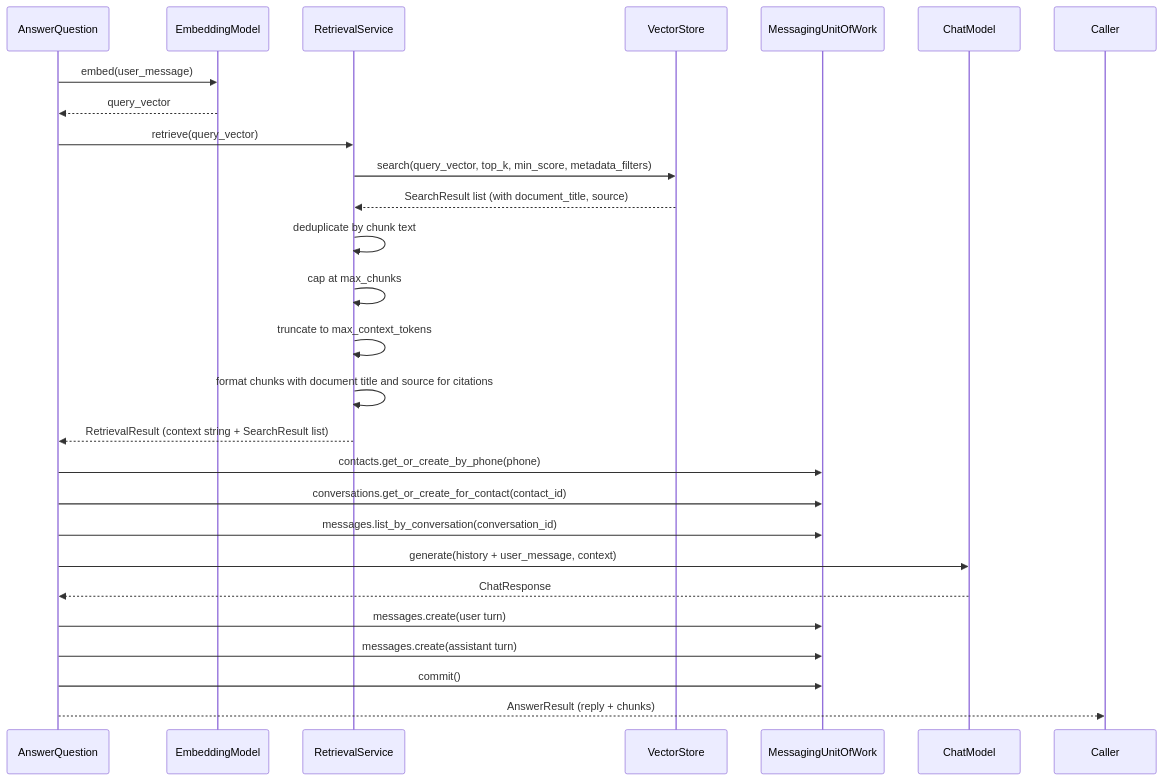
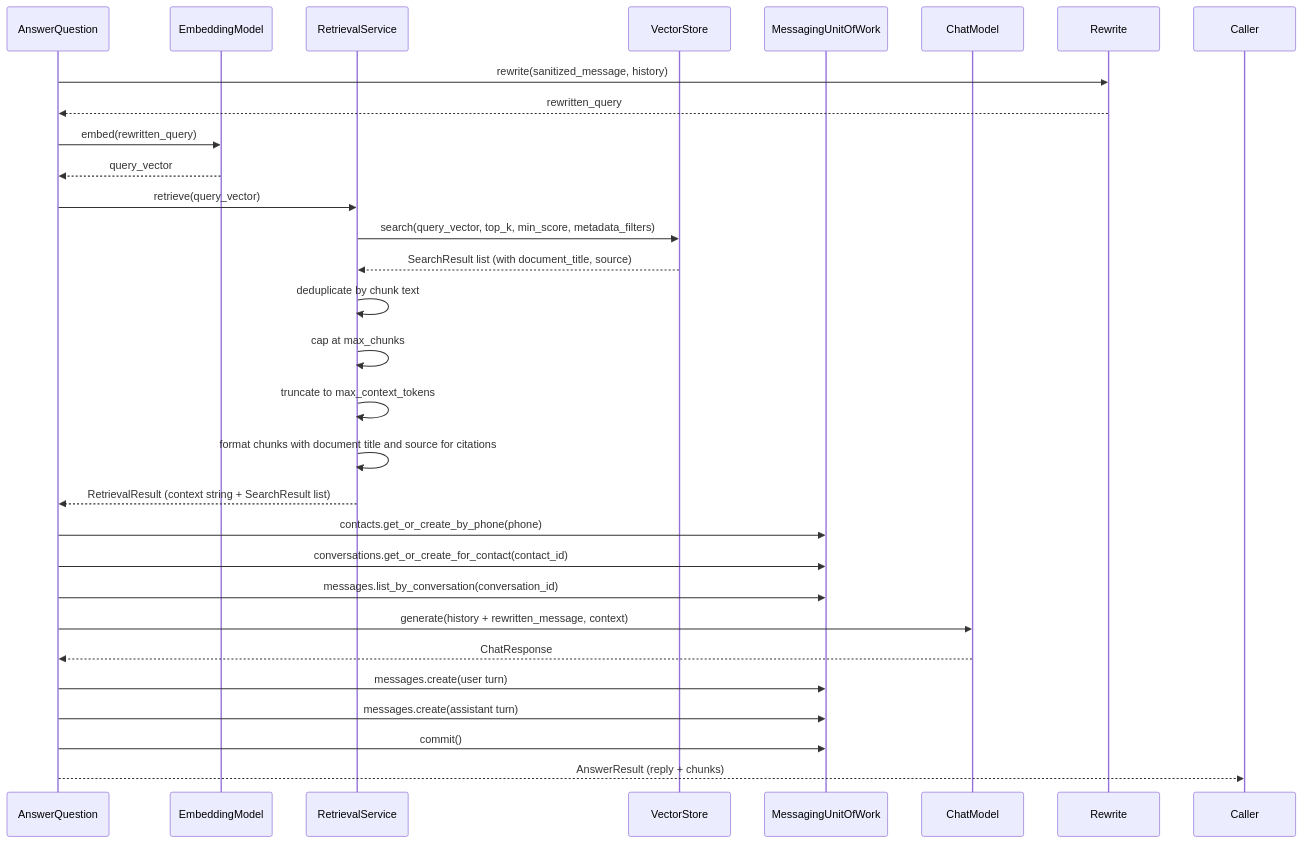
One commit to camercadop/knowledge-support-ai-agent changed the first of 2 diagrams in app/application/support/README.md. Above: the diagram before and after it, drawn with Mermaid. The commit also changed other lines of this file and 14 other files, not shown here.

````diff
--- a/app/application/support/README.md
+++ b/app/application/support/README.md
@@ -31,29 +33,31 @@
 ```mermaid
 sequenceDiagram
     participant UC as AnswerQuestion
     participant Embed as EmbeddingModel
     participant RS as RetrievalService
     participant VS as VectorStore
     participant UoW as MessagingUnitOfWork
     participant LLM as ChatModel
 
-    UC->>Embed: embed(user_message)
+    UC->>Rewrite: rewrite(sanitized_message, history)
+    Rewrite-->>UC: rewritten_query
+    UC->>Embed: embed(rewritten_query)
     Embed-->>UC: query_vector
     UC->>RS: retrieve(query_vector)
     RS->>VS: search(query_vector, top_k, min_score, metadata_filters)
     VS-->>RS: SearchResult list (with document_title, source)
     RS->>RS: deduplicate by chunk text
     RS->>RS: cap at max_chunks
     RS->>RS: truncate to max_context_tokens
     RS->>RS: format chunks with document title and source for citations
     RS-->>UC: RetrievalResult (context string + SearchResult list)
     UC->>UoW: contacts.get_or_create_by_phone(phone)
     UC->>UoW: conversations.get_or_create_for_contact(contact_id)
     UC->>UoW: messages.list_by_conversation(conversation_id)
-    UC->>LLM: generate(history + user_message, context)
+    UC->>LLM: generate(history + rewritten_message, context)
     LLM-->>UC: ChatResponse
     UC->>UoW: messages.create(user turn)
     UC->>UoW: messages.create(assistant turn)
     UC->>UoW: commit()
     UC-->>Caller: AnswerResult (reply + chunks)
 ```
````
